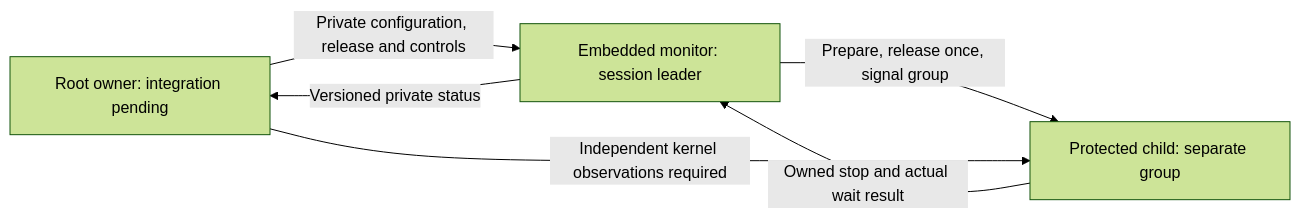
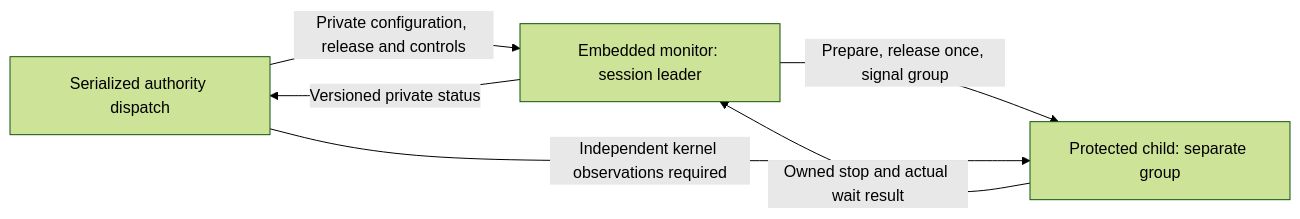
Before and after one commit to rock3r/remozio: the first of 2 diagrams in docs/macos-command-monitor.md, drawn with Mermaid (forest theme). The commit also changed other lines of this file and 19 other files, not shown here.

First line of the commit message:
Connect authority command dispatch to protected monitor (#256)

````diff
--- a/docs/macos-command-monitor.md
+++ b/docs/macos-command-monitor.md
@@ -11,8 +11,8 @@
 ```mermaid
 flowchart LR
-    R[Root owner: integration pending] -->|Private configuration, release and controls| M[Embedded monitor: session leader]
+    R[Serialized authority dispatch] -->|Private configuration, release and controls| M[Embedded monitor: session leader]
     M -->|Prepare, release once, signal group| T[Protected child: separate group]
     T -->|Owned stop and actual wait result| M
     M -->|Versioned private status| R
     R -->|Independent kernel observations required| T
 ```
````
